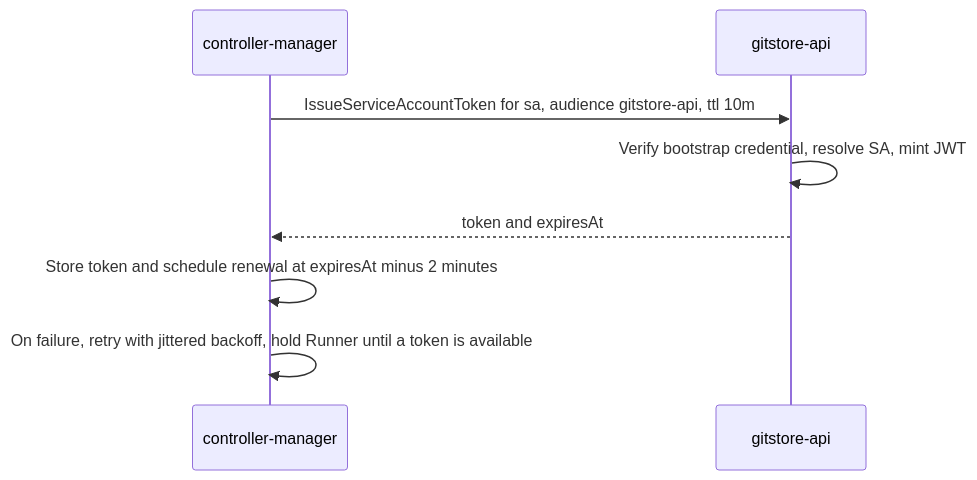
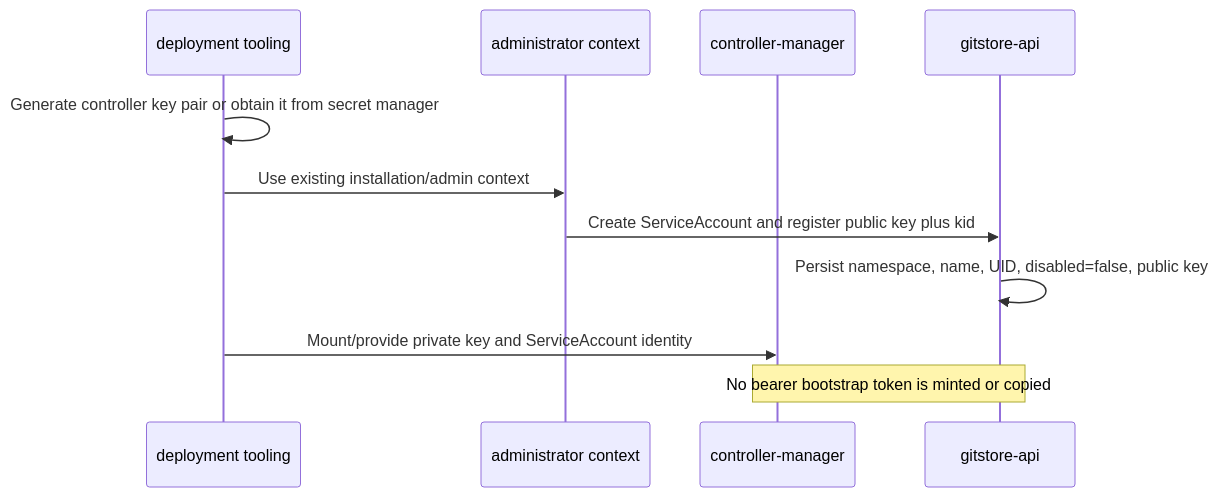
Before and after one commit to gitstore-dev/GitStore: the second of 7 diagrams in docs/implementation/021-controller_service_account_auth.md, drawn with Mermaid. The commit also changed other lines of this file and 6 other files, not shown here.

Commit message:
docs: harden controller service account design

````diff
--- a/docs/implementation/021-controller_service_account_auth.md
+++ b/docs/implementation/021-controller_service_account_auth.md
@@ -134,10 +141,13 @@
 ```mermaid
 sequenceDiagram
+    participant Deploy as deployment tooling
+    participant Admin as administrator context
     participant CM as controller-manager
     participant API as gitstore-api
-    CM->>API: IssueServiceAccountToken for sa, audience gitstore-api, ttl 10m
-    API->>API: Verify bootstrap credential, resolve SA, mint JWT
-    API-->>CM: token and expiresAt
-    CM->>CM: Store token and schedule renewal at expiresAt minus 2 minutes
-    CM->>CM: On failure, retry with jittered backoff, hold Runner until a token is available
+    Deploy->>Deploy: Generate controller key pair or obtain it from secret manager
+    Deploy->>Admin: Use existing installation/admin context
+    Admin->>API: Create ServiceAccount and register public key plus kid
+    API->>API: Persist namespace, name, UID, disabled=false, public key
+    Deploy->>CM: Mount/provide private key and ServiceAccount identity
+    Note over CM,API: No bearer bootstrap token is minted or copied
 ```
````
